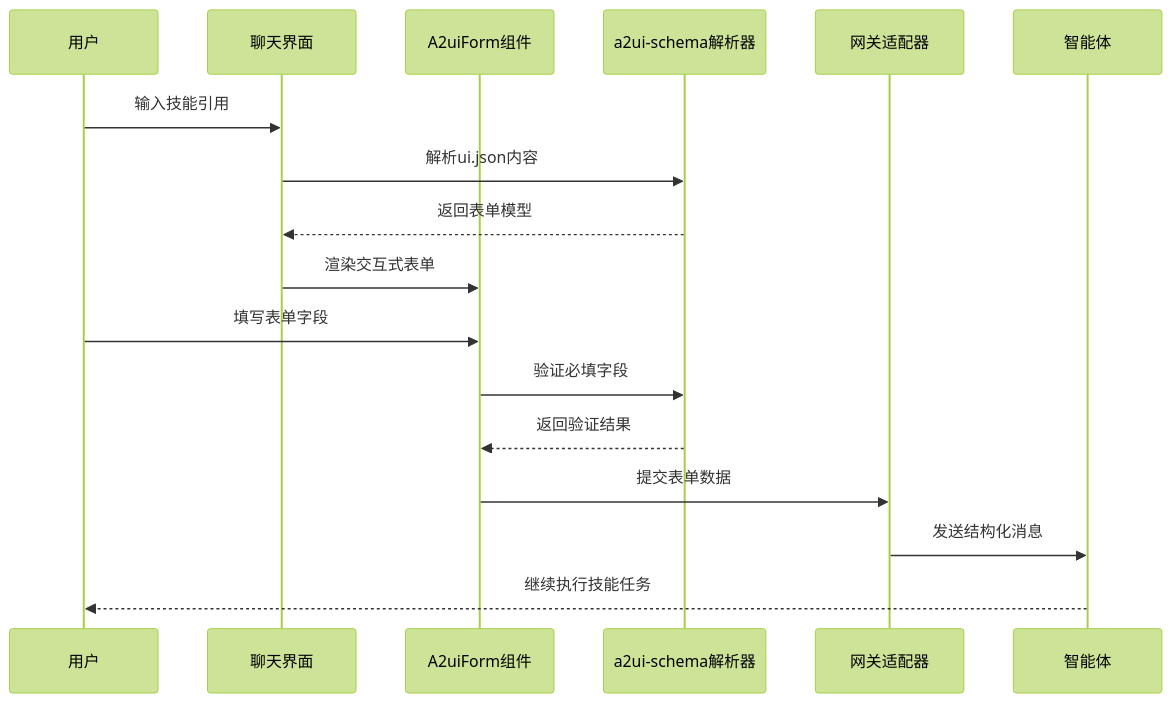
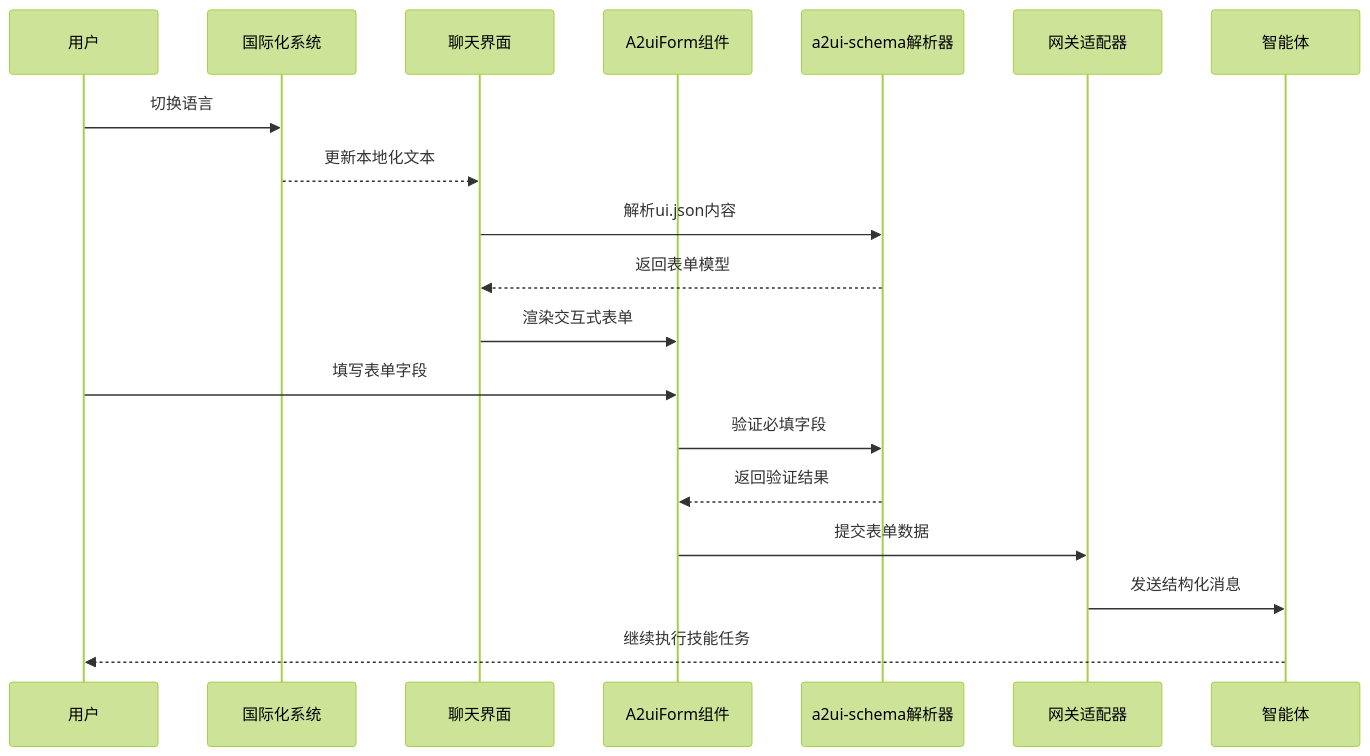
The second of 6 diagrams in .qoder/repowiki/zh/content/项目概述/核心功能介绍/控制台管理界面/Skills技能管理/A2UI输入表单系统.md (WW-AI-Lab/openclaw-office), drawn with Mermaid (forest theme) before and after one commit. The commit also changed other lines of this file and 5 other files, not shown here.

````diff
--- a/.qoder/repowiki/zh/content/项目概述/核心功能介绍/控制台管理界面/Skills技能管理/A2UI输入表单系统.md
+++ b/.qoder/repowiki/zh/content/项目概述/核心功能介绍/控制台管理界面/Skills技能管理/A2UI输入表单系统.md
@@ -129,19 +133,21 @@
 ```mermaid
 sequenceDiagram
 participant User as 用户
+participant I18n as 国际化系统
 participant Chat as 聊天界面
 participant Form as A2uiForm组件
 participant Parser as a2ui-schema解析器
 participant Gateway as 网关适配器
 participant Agent as 智能体
-User->>Chat : 输入技能引用
+User->>I18n : 切换语言
+I18n-->>Chat : 更新本地化文本
 Chat->>Parser : 解析ui.json内容
 Parser-->>Chat : 返回表单模型
 Chat->>Form : 渲染交互式表单
 User->>Form : 填写表单字段
 Form->>Parser : 验证必填字段
 Parser-->>Form : 返回验证结果
 Form->>Gateway : 提交表单数据
 Gateway->>Agent : 发送结构化消息
 Agent-->>User : 继续执行技能任务
 ```
````
